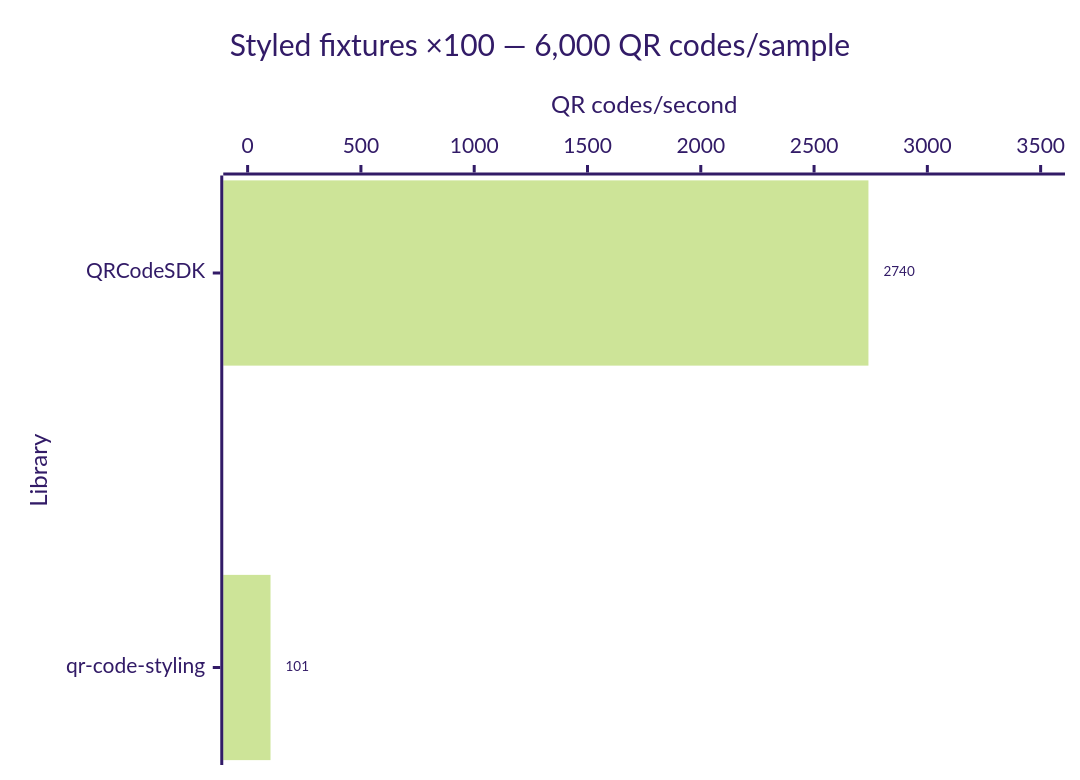
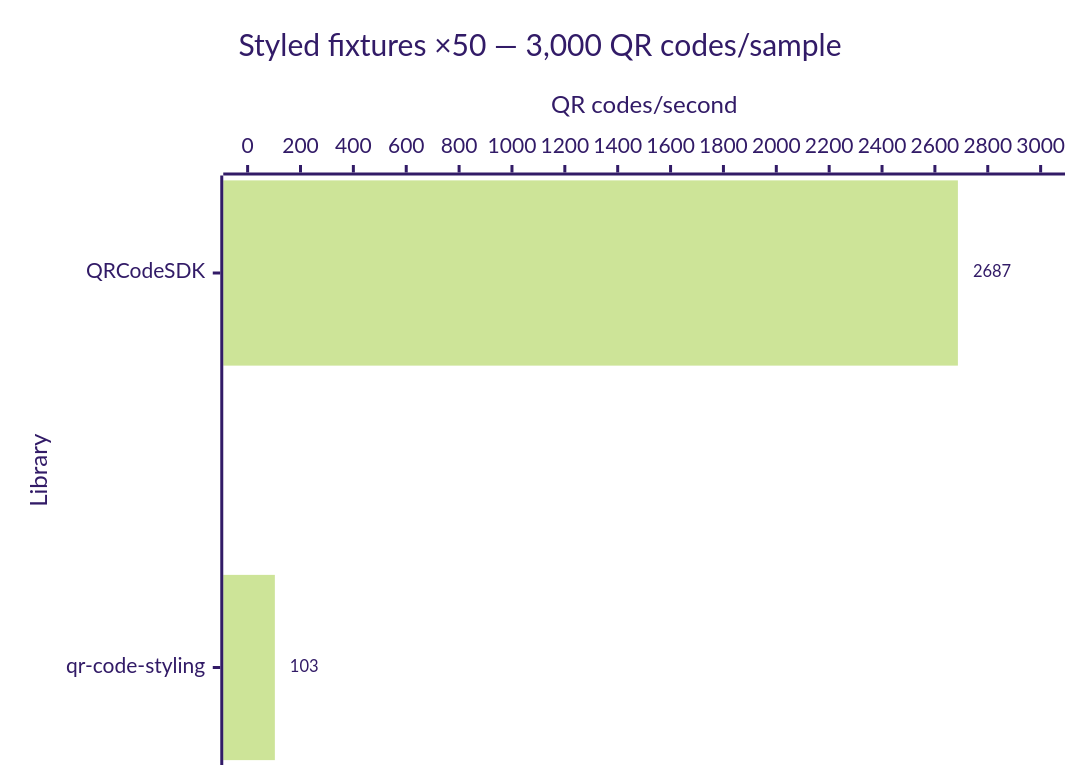
One commit to Dafnik/qrcodesdk changed diagram 14 of 14 in apps/docs/src/content/docs/learn/performance.md. Above: the diagram before and after it, drawn with Mermaid (forest theme). The commit also changed other lines of this file, not shown here.

````diff
--- a/apps/docs/src/content/docs/learn/performance.md
+++ b/apps/docs/src/content/docs/learn/performance.md
@@ -300,15 +300,15 @@
 ```mermaid
 ---
 config:
   xyChart:
     showDataLabel: true
     showDataLabelOutsideBar: true
 ---
 xychart horizontal
-  accTitle: Styled SVG generation: Styled fixtures ×100 — 6,000 QR codes/sample
-  accDescr: Throughput calculated from median time. QRCodeSDK 2,740 QR codes per second, qr-code-styling 101 QR codes per second. Higher is better.
-  title "Styled fixtures ×100 — 6,000 QR codes/sample"
+  accTitle: Styled SVG generation: Styled fixtures ×50 — 3,000 QR codes/sample
+  accDescr: Throughput calculated from median time. QRCodeSDK 2,687 QR codes per second, qr-code-styling 103 QR codes per second. Higher is better.
+  title "Styled fixtures ×50 — 3,000 QR codes/sample"
   x-axis "Library" ["QRCodeSDK", "qr-code-styling"]
-  y-axis "QR codes/second" 0 --> 3500
-  bar [2740, 101]
+  y-axis "QR codes/second" 0 --> 3000
+  bar [2687, 103]
 ```
````
